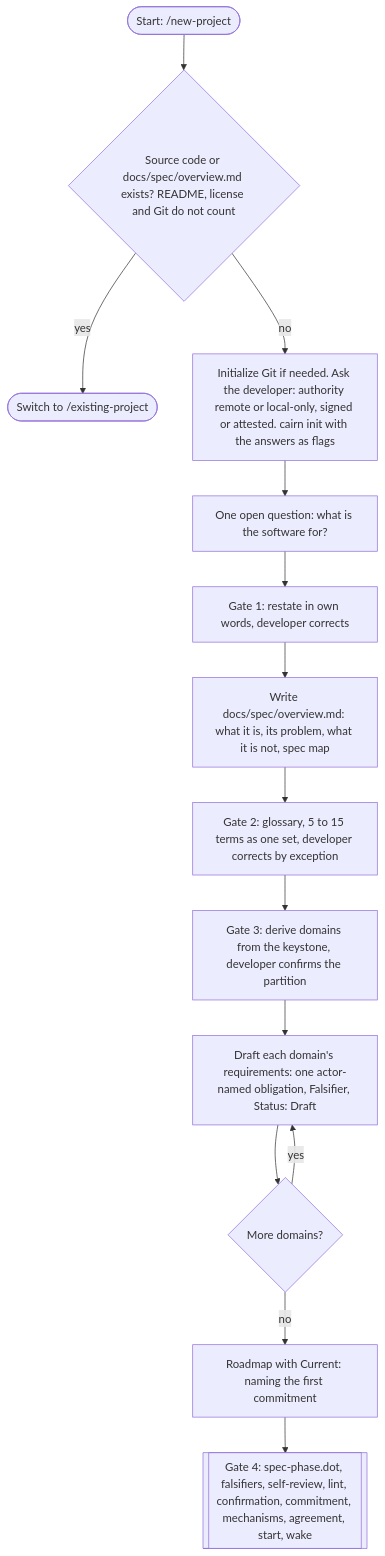
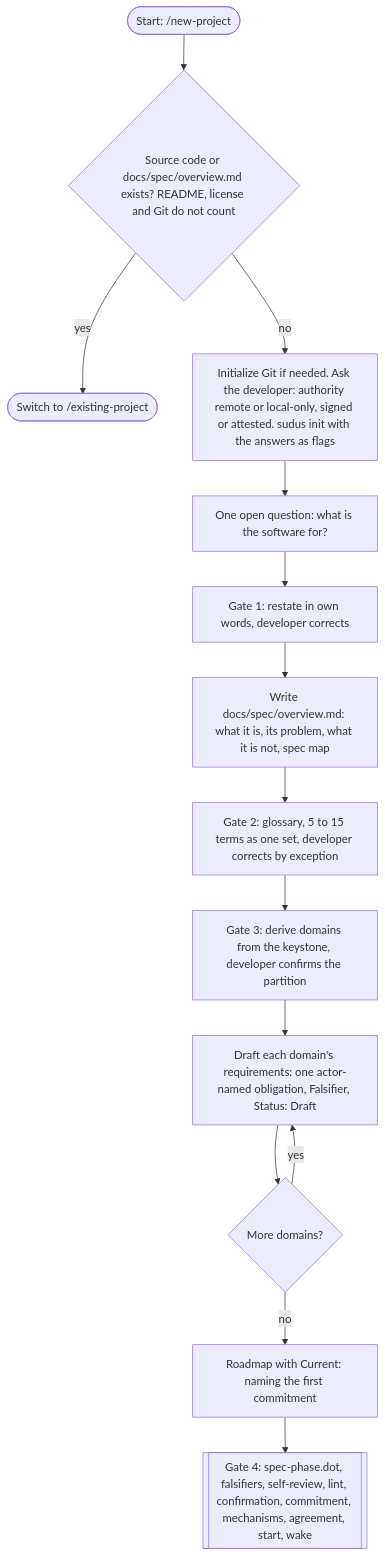
One commit to eas4ai/cairn changed the first of 6 diagrams in docs/manual.md. Above: the diagram before and after it, drawn with Mermaid. The commit also changed other lines of this file and 103 other files, not shown here.

First line of the commit message:
Rename Cairn to Sudus across the command, plugins, skills, spec, docs and tests

````diff
--- a/docs/manual.md
+++ b/docs/manual.md
@@ -91,30 +91,30 @@
 ```mermaid
 flowchart TB
   start(["Start: /new-project"])
   exists{"Source code or docs/spec/overview.md exists? README, license and Git do not count"}
   switch(["Switch to /existing-project"])
-  init["Initialize Git if needed. Ask the developer: authority remote or local-only, signed or attested. cairn init with the answers as flags"]
+  init["Initialize Git if needed. Ask the developer: authority remote or local-only, signed or attested. sudus init with the answers as flags"]
   ask["One open question: what is the software for?"]
   restate["Gate 1: restate in own words, developer corrects"]
   keystone["Write docs/spec/overview.md: what it is, its problem, what it is not, spec map"]
   glossary["Gate 2: glossary, 5 to 15 terms as one set, developer corrects by exception"]
   partition["Gate 3: derive domains from the keystone, developer confirms the partition"]
   draft["Draft each domain's requirements: one actor-named obligation, Falsifier, Status: Draft"]
   more{"More domains?"}
   roadmap["Roadmap with Current: naming the first commitment"]
   tail[["Gate 4: spec-phase.dot, falsifiers, self-review, lint, confirmation, commitment, mechanisms, agreement, start, wake"]]
 
   start --> exists
   exists -->|"yes"| switch
   exists -->|"no"| init
   init --> ask
   ask --> restate
   restate --> keystone
   keystone --> glossary
   glossary --> partition
   partition --> draft
   draft --> more
   more -->|"yes"| draft
   more -->|"no"| roadmap
   roadmap --> tail
 ```
````
